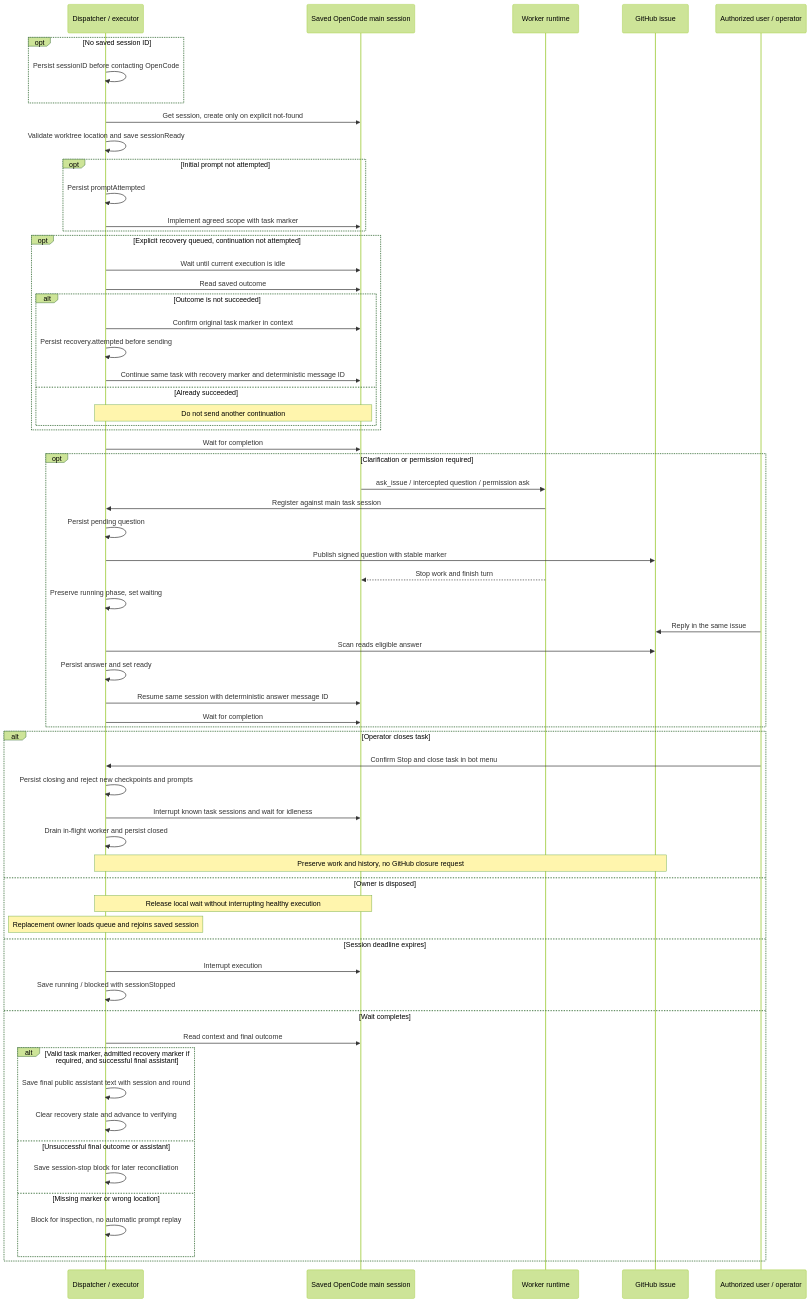
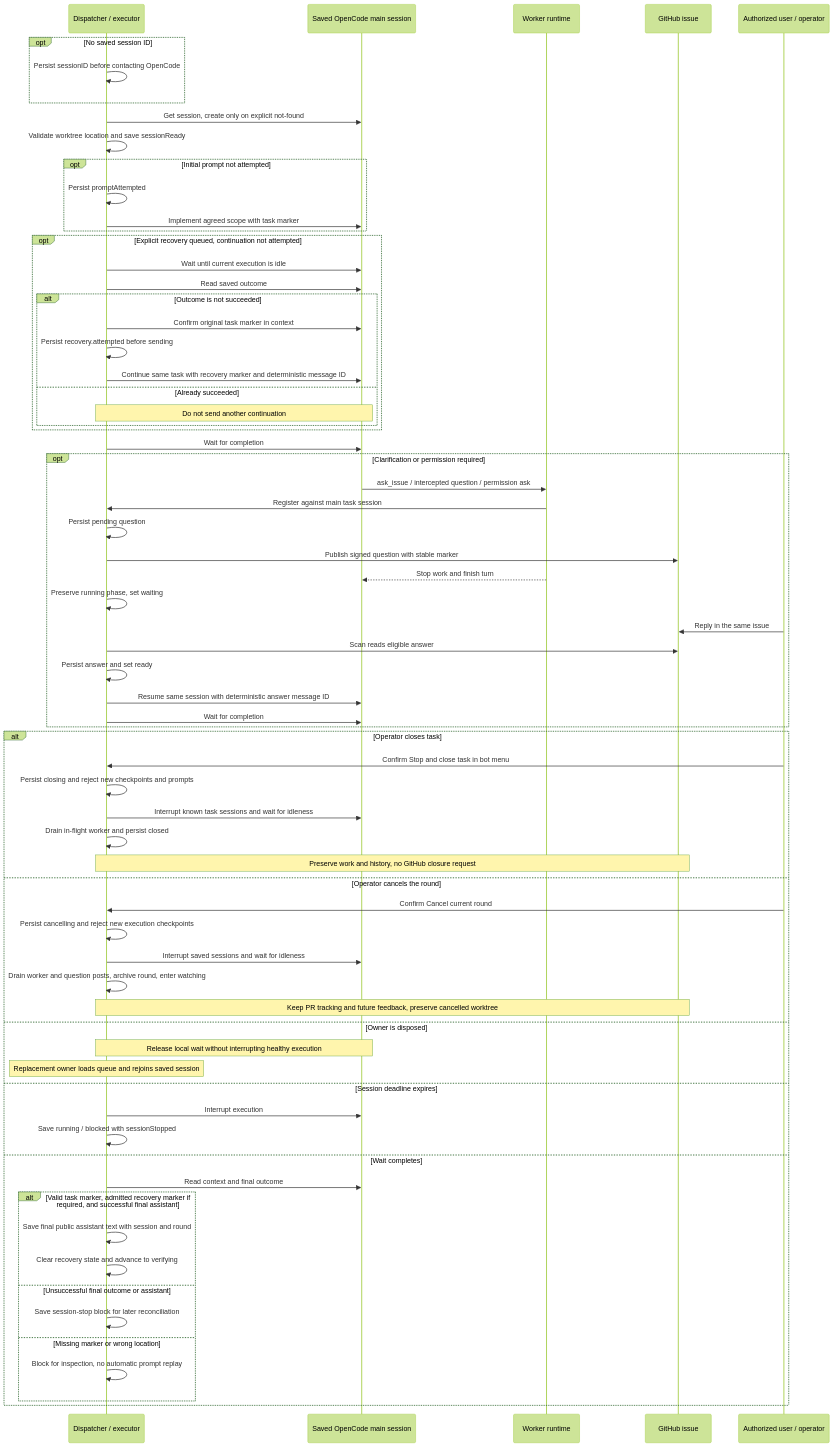
Before and after one commit to d3cker/opencode2-github-automation: the fourth of 8 diagrams in docs/bot-workflow.md, drawn with Mermaid (forest theme). The commit also changed other lines of this file and 22 other files, not shown here.

Commit message:
feat: cancel bot rounds without ending issue tracking

````diff
--- a/docs/bot-workflow.md
+++ b/docs/bot-workflow.md
@@ -259,65 +266,71 @@
 ```mermaid
 sequenceDiagram
     participant D as Dispatcher / executor
     participant S as Saved OpenCode main session
     participant R as Worker runtime
     participant G as GitHub issue
     participant U as Authorized user / operator
     opt No saved session ID
         D->>D: Persist sessionID before contacting OpenCode
     end
     D->>S: Get session, create only on explicit not-found
     D->>D: Validate worktree location and save sessionReady
     opt Initial prompt not attempted
         D->>D: Persist promptAttempted
         D->>S: Implement agreed scope with task marker
     end
     opt Explicit recovery queued, continuation not attempted
         D->>S: Wait until current execution is idle
         D->>S: Read saved outcome
         alt Outcome is not succeeded
             D->>S: Confirm original task marker in context
             D->>D: Persist recovery.attempted before sending
             D->>S: Continue same task with recovery marker and deterministic message ID
         else Already succeeded
             Note over D,S: Do not send another continuation
         end
     end
     D->>S: Wait for completion
     opt Clarification or permission required
         S->>R: ask_issue / intercepted question / permission ask
         R->>D: Register against main task session
         D->>D: Persist pending question
         D->>G: Publish signed question with stable marker
         R-->>S: Stop work and finish turn
         D->>D: Preserve running phase, set waiting
         U->>G: Reply in the same issue
         D->>G: Scan reads eligible answer
         D->>D: Persist answer and set ready
         D->>S: Resume same session with deterministic answer message ID
         D->>S: Wait for completion
     end
     alt Operator closes task
         U->>D: Confirm Stop and close task in bot menu
         D->>D: Persist closing and reject new checkpoints and prompts
         D->>S: Interrupt known task sessions and wait for idleness
         D->>D: Drain in-flight worker and persist closed
         Note over D,G: Preserve work and history, no GitHub closure request
+    else Operator cancels the round
+        U->>D: Confirm Cancel current round
+        D->>D: Persist cancelling and reject new execution checkpoints
+        D->>S: Interrupt saved sessions and wait for idleness
+        D->>D: Drain worker and question posts, archive round, enter watching
+        Note over D,G: Keep PR tracking and future feedback, preserve cancelled worktree
     else Owner is disposed
         Note over D,S: Release local wait without interrupting healthy execution
         Note over D: Replacement owner loads queue and rejoins saved session
     else Session deadline expires
         D->>S: Interrupt execution
         D->>D: Save running / blocked with sessionStopped
     else Wait completes
         D->>S: Read context and final outcome
         alt Valid task marker, admitted recovery marker if required, and successful final assistant
             D->>D: Save final public assistant text with session and round
             D->>D: Clear recovery state and advance to verifying
         else Unsuccessful final outcome or assistant
             D->>D: Save session-stop block for later reconciliation
         else Missing marker or wrong location
             D->>D: Block for inspection, no automatic prompt replay
         end
     end
 ```
````
